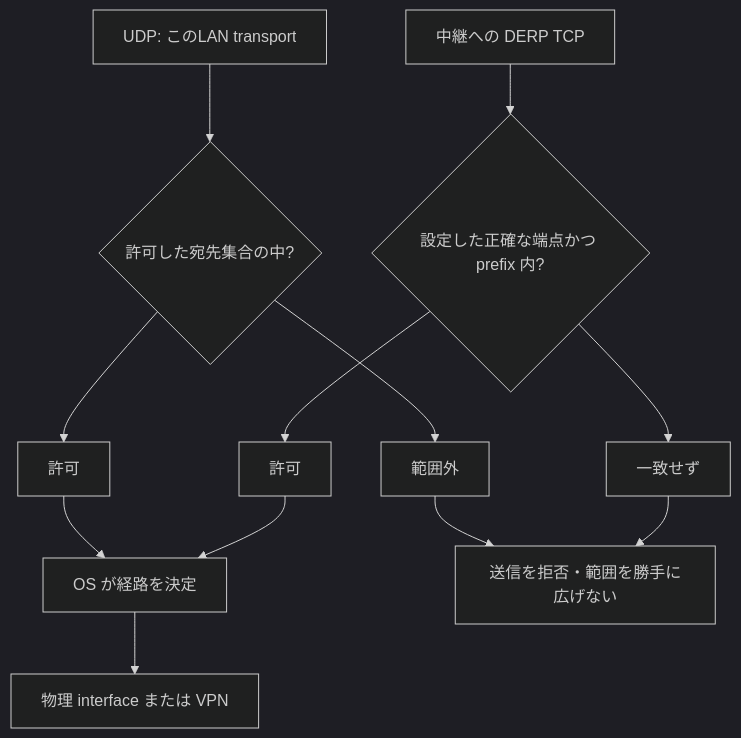
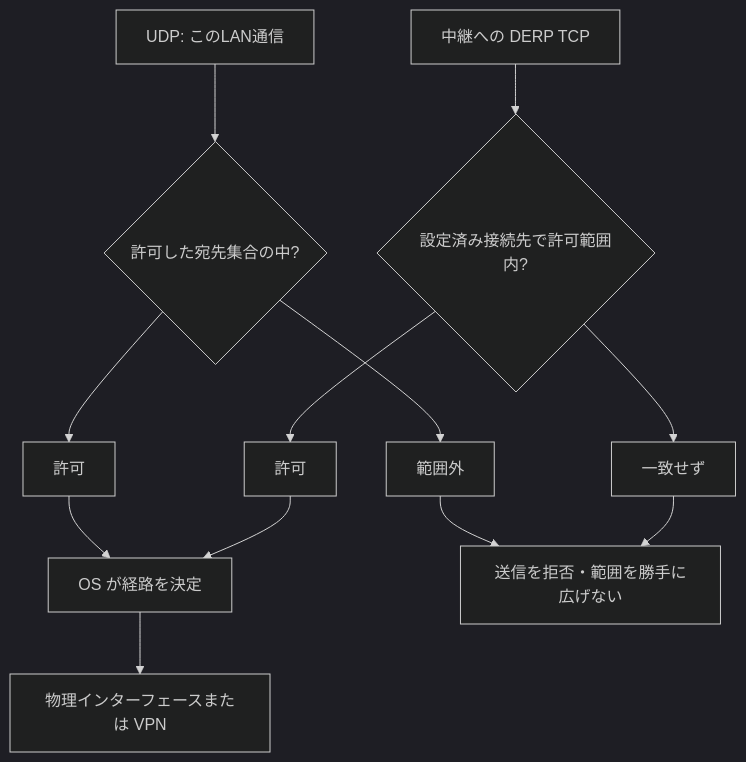
The diagram in docs/LAN_DESTINATIONS.ja.md (webkaz-labs/sobalink), drawn with Mermaid (dark theme) before and after one commit. The commit also changed other lines of this file and 111 other files, not shown here.

````diff
--- a/docs/LAN_DESTINATIONS.ja.md
+++ b/docs/LAN_DESTINATIONS.ja.md
@@ -11,10 +11,10 @@
 ```mermaid
 flowchart TD
-    UDP["UDP: このLAN transport"] --> Prefix{"許可した宛先集合の中?"}
+    UDP["UDP: このLAN通信"] --> Prefix{"許可した宛先集合の中?"}
     Prefix -->Condition1["許可"] --> Route["OS が経路を決定"]
-    Route --> NIC["物理 interface または VPN"]
-    TCP["中継への DERP TCP"] --> Exact{"設定した正確な端点かつ prefix 内?"}
+    Route --> NIC["物理インターフェースまたは VPN"]
+    TCP["中継への DERP TCP"] --> Exact{"設定済み接続先で許可範囲内?"}
     Exact -->Condition2["許可"] --> Route
     Prefix -->Condition3["範囲外"] --> Deny["送信を拒否・範囲を勝手に広げない"]
     Exact -->Condition4["一致せず"] --> Deny
 ```
````
